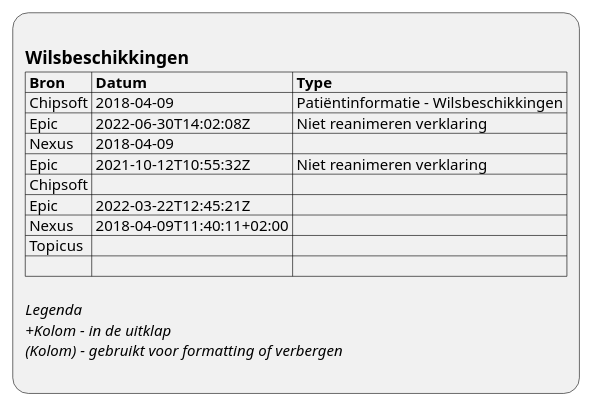
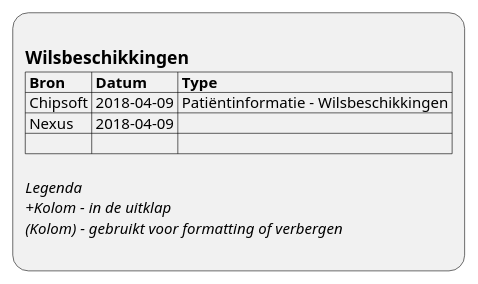
One commit to RIVO-Noord/zorgviewer-ig changed the diagram in input/images-source/ViewDefinition-Wilsbeschikkingen.plantuml. Above: the diagram before and after it, drawn with PlantUML. The commit also changed 4 other files, not shown here.

```diff
--- a/input/images-source/ViewDefinition-Wilsbeschikkingen.plantuml
+++ b/input/images-source/ViewDefinition-Wilsbeschikkingen.plantuml
@@ -1,19 +1,13 @@
 @startuml ViewDefinition-Wilsbeschikkingen
 :
 == Wilsbeschikkingen
 |= Bron |= Datum |= Type |
 | Chipsoft | 2018-04-09 | Patiëntinformatie - Wilsbeschikkingen |
-| Epic | 2022-06-30T14:02:08Z | Niet reanimeren verklaring |
 | Nexus | 2018-04-09 |  |
-| Epic | 2021-10-12T10:55:32Z | Niet reanimeren verklaring |
-| Chipsoft |  |  |
-| Epic | 2022-03-22T12:45:21Z |  |
-| Nexus | 2018-04-09T11:40:11+02:00 |  |
-| Topicus |  |  |
 | |
 
 //Legenda//
 //+Kolom - in de uitklap//
 //(Kolom) - gebruikt voor formatting of verbergen//
 ;
 @enduml
```
